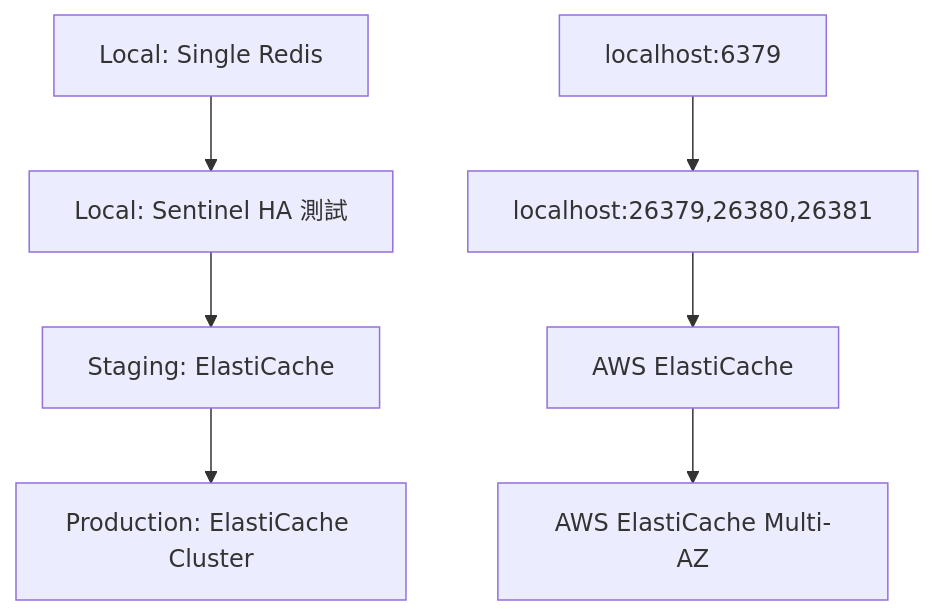
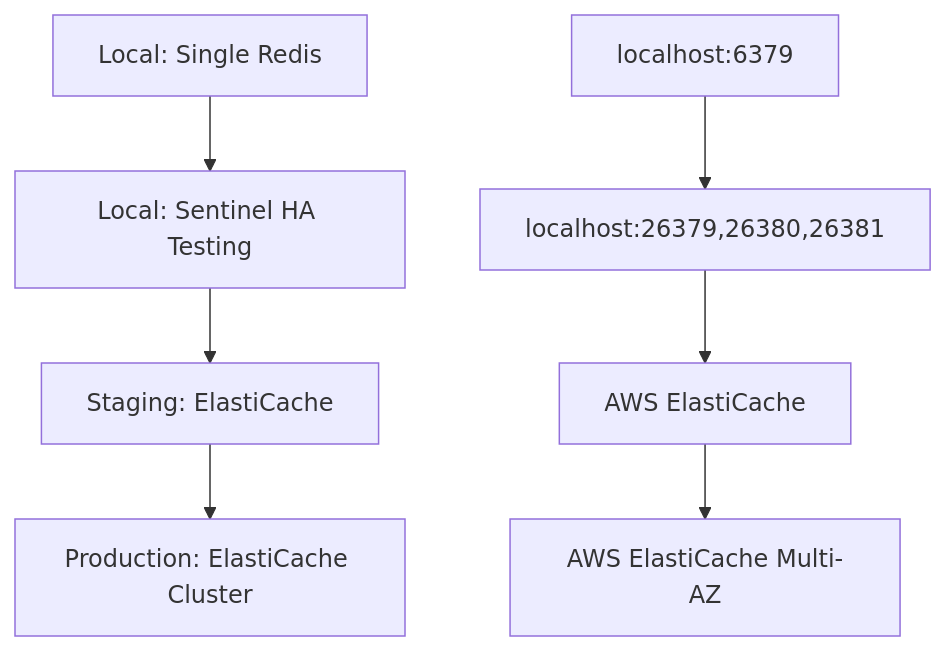
The second of 2 diagrams in docs/viewpoints/development/profile-management.md (humank/genai-demo), drawn with Mermaid before and after one commit. The commit also changed other lines of this file and 453 other files, not shown here.

First line of the commit message:
feat: Complete translation of key architecture and API documentation

````diff
--- a/docs/viewpoints/development/profile-management.md
+++ b/docs/viewpoints/development/profile-management.md
@@ -284,10 +284,10 @@
 ```mermaid
 graph TD
-    A[Local: Single Redis] --> B[Local: Sentinel HA 測試]
+    A[Local: Single Redis] --> B[Local: Sentinel HA Testing]
     B --> C[Staging: ElastiCache]
     C --> D[Production: ElastiCache Cluster]
     
     A1[localhost:6379] --> B1[localhost:26379,26380,26381]
     B1 --> C1[AWS ElastiCache]
     C1 --> D1[AWS ElastiCache Multi-AZ]
 ```
````
